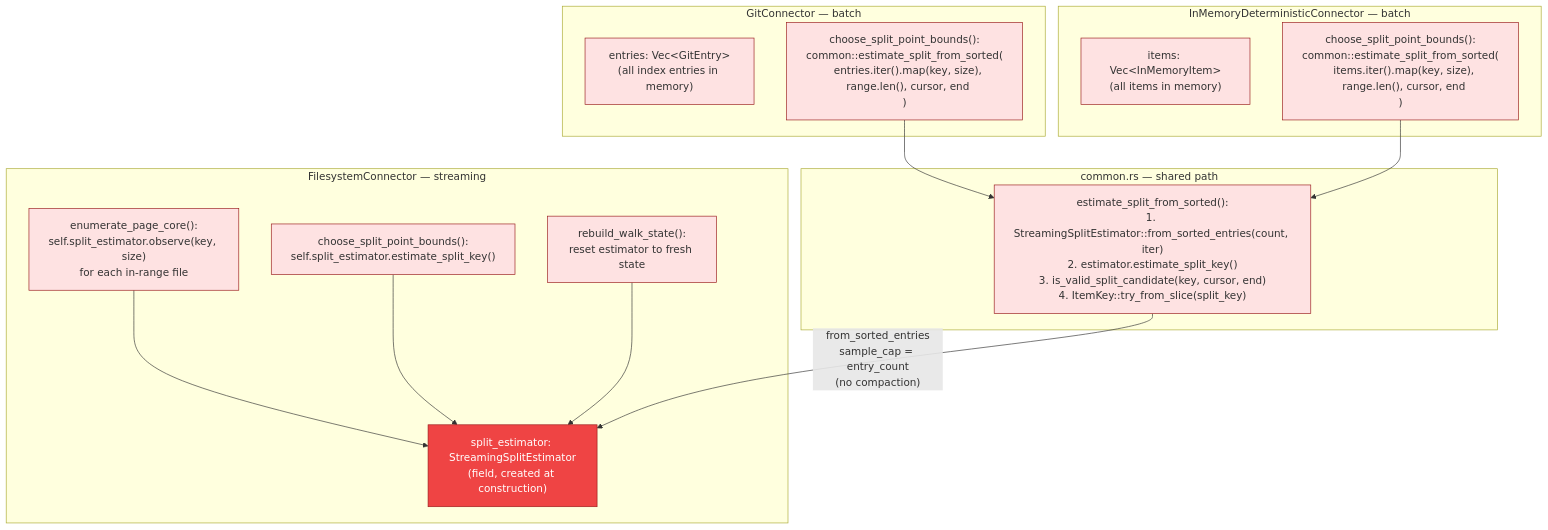
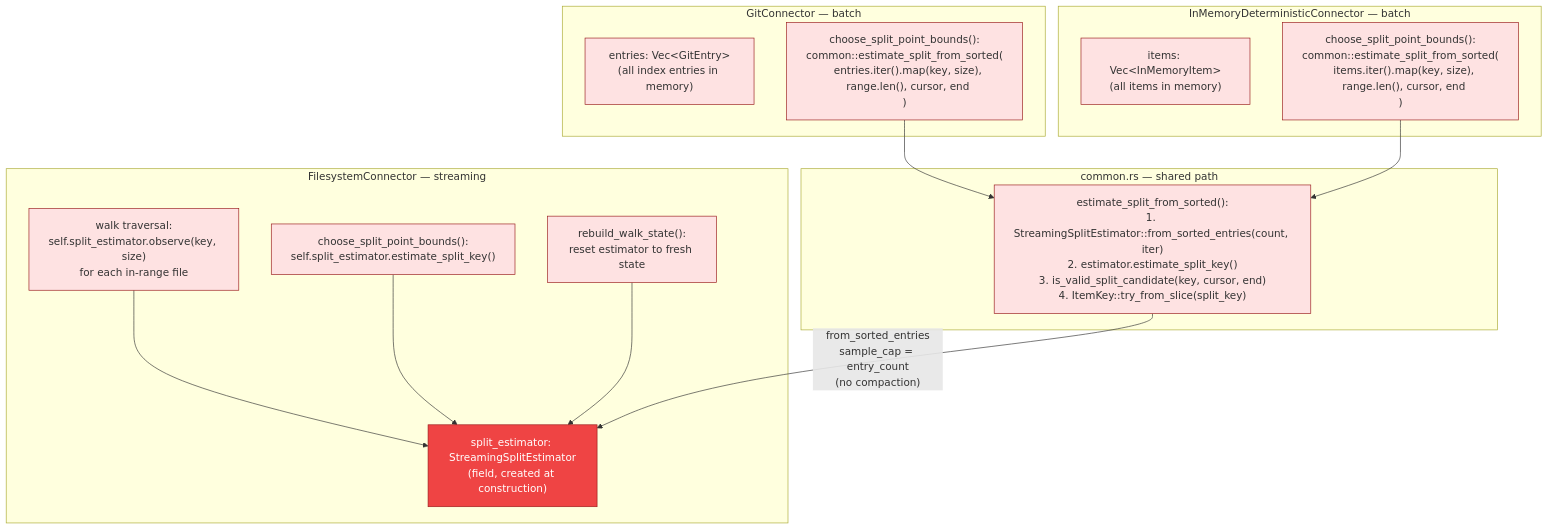
The fifth of 5 diagrams in diagrams/18-streaming-split-estimation.md (ahrav/Gossip-rs), drawn with Mermaid before and after one commit. The commit also changed other lines of this file and 25 other files, not shown here.

````diff
--- a/diagrams/18-streaming-split-estimation.md
+++ b/diagrams/18-streaming-split-estimation.md
@@ -298,42 +297,42 @@
 ```mermaid
 %% Diagram: connector-integration
 graph TD
     subgraph FS ["FilesystemConnector — streaming"]
         FS_FIELD["split_estimator: StreamingSplitEstimator<br/>(field, created at construction)"]
-        FS_ENUM["enumerate_page_core():<br/>self.split_estimator.observe(key, size)<br/>for each in-range file"]
+        FS_ENUM["walk traversal:<br/>self.split_estimator.observe(key, size)<br/>for each in-range file"]
         FS_SPLIT["choose_split_point_bounds():<br/>self.split_estimator.estimate_split_key()"]
         FS_RESET["rebuild_walk_state():<br/>reset estimator to fresh state"]
     end
 
     subgraph GIT ["GitConnector — batch"]
         GIT_ENTRIES["entries: Vec&lt;GitEntry&gt;<br/>(all index entries in memory)"]
         GIT_SPLIT["choose_split_point_bounds():<br/>common::estimate_split_from_sorted(<br/>  entries.iter().map(key, size),<br/>  range.len(), cursor, end<br/>)"]
     end
 
     subgraph MEM ["InMemoryDeterministicConnector — batch"]
         MEM_ITEMS["items: Vec&lt;InMemoryItem&gt;<br/>(all items in memory)"]
         MEM_SPLIT["choose_split_point_bounds():<br/>common::estimate_split_from_sorted(<br/>  items.iter().map(key, size),<br/>  range.len(), cursor, end<br/>)"]
     end
 
     subgraph Common ["common.rs — shared path"]
         EST_SORTED["estimate_split_from_sorted():<br/>1. StreamingSplitEstimator::from_sorted_entries(count, iter)<br/>2. estimator.estimate_split_key()<br/>3. is_valid_split_candidate(key, cursor, end)<br/>4. ItemKey::try_from_slice(split_key)"]
     end
 
     FS_ENUM --> FS_FIELD
     FS_SPLIT --> FS_FIELD
     FS_RESET --> FS_FIELD
 
     GIT_SPLIT --> EST_SORTED
     MEM_SPLIT --> EST_SORTED
     EST_SORTED -->|"from_sorted_entries<br/>sample_cap = entry_count<br/>(no compaction)"| FS_FIELD
 
     style FS_FIELD fill:#EF4444,stroke:#991B1B,color:#fff
     style FS_ENUM fill:#FEE2E2,stroke:#991B1B
     style FS_SPLIT fill:#FEE2E2,stroke:#991B1B
     style FS_RESET fill:#FEE2E2,stroke:#991B1B
     style GIT_ENTRIES fill:#FEE2E2,stroke:#991B1B
     style GIT_SPLIT fill:#FEE2E2,stroke:#991B1B
     style MEM_ITEMS fill:#FEE2E2,stroke:#991B1B
     style MEM_SPLIT fill:#FEE2E2,stroke:#991B1B
     style EST_SORTED fill:#FEE2E2,stroke:#991B1B
 ```
````
